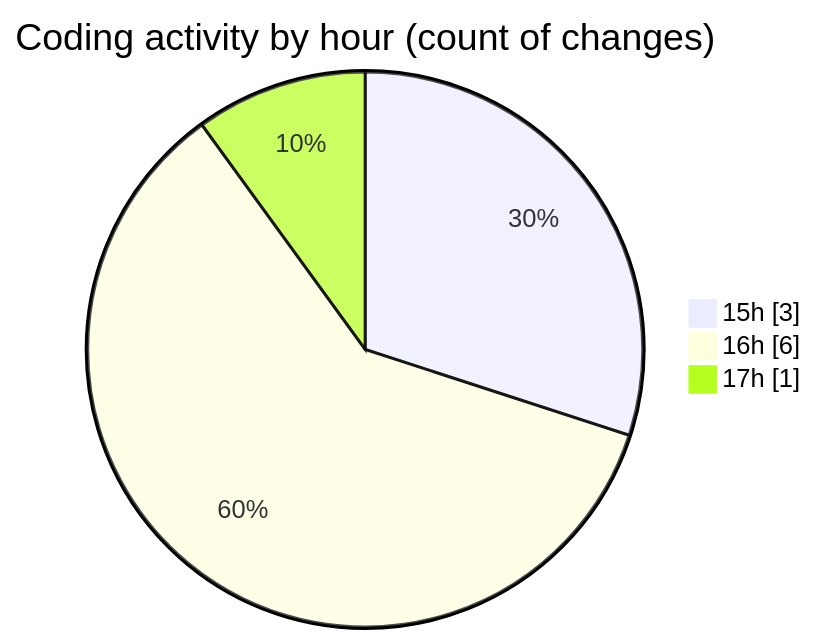
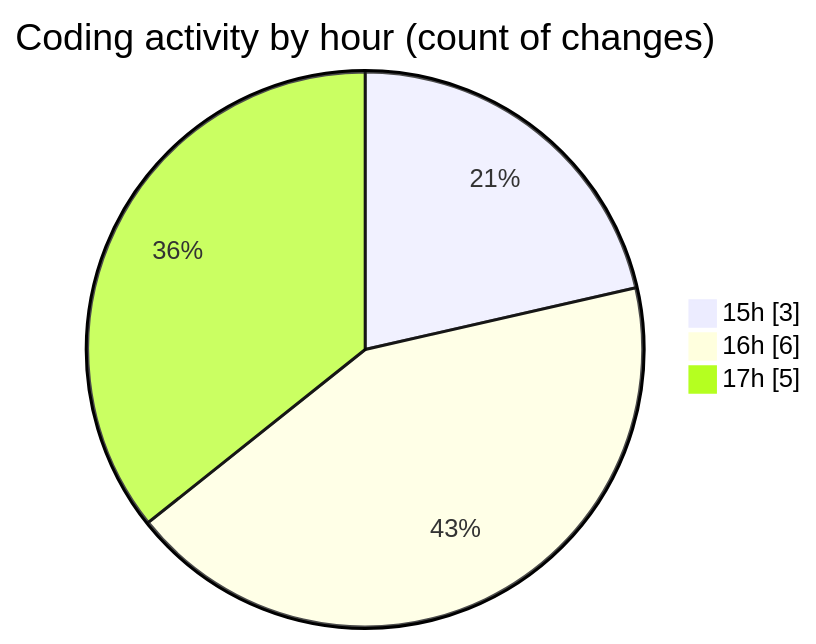
Before and after one commit to vahidmafi/code-tracking: the second of 2 diagrams in 2025-06-27/horizon/README.md, drawn with Mermaid. The commit also changed other lines of this file and 1 other file, not shown here.

````diff
--- a/2025-06-27/horizon/README.md
+++ b/2025-06-27/horizon/README.md
@@ -29,7 +29,7 @@
 ```mermaid
 pie showData
 title Coding activity by hour (count of changes)
 "15h" : 3
 "16h" : 6
-"17h" : 1
+"17h" : 5
 ```
````
